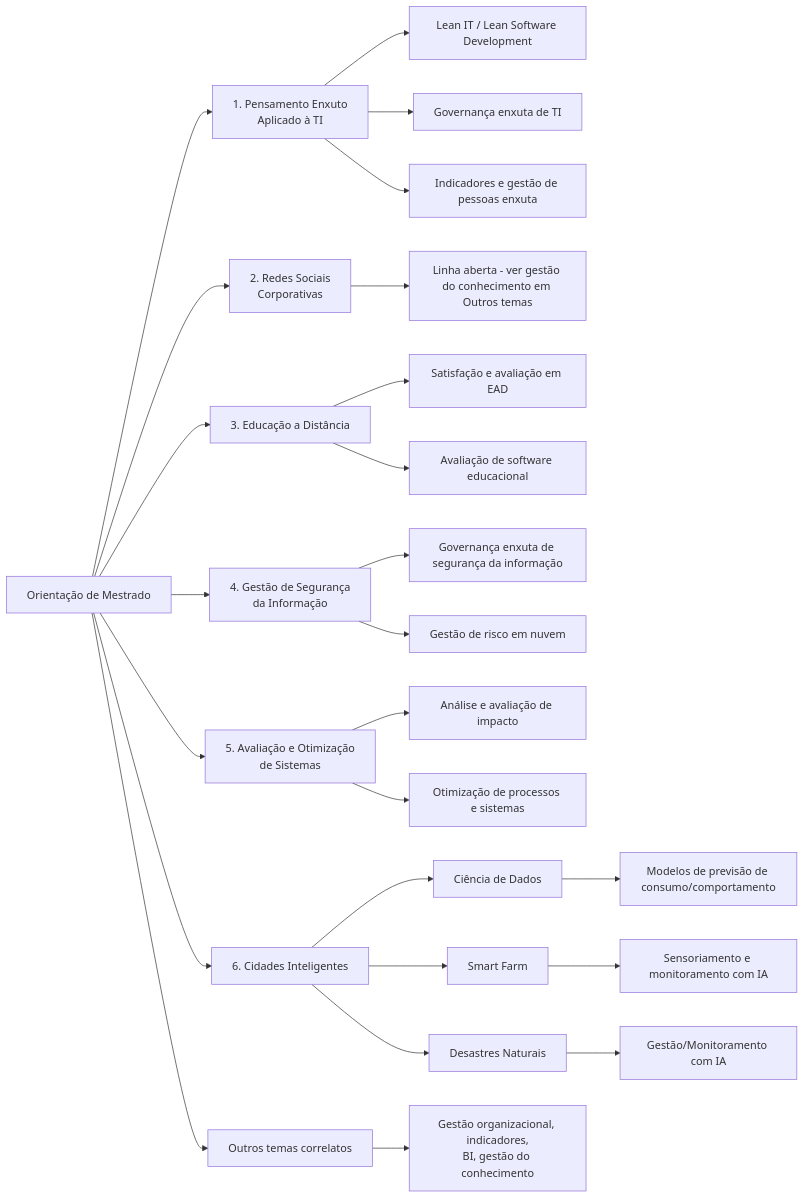
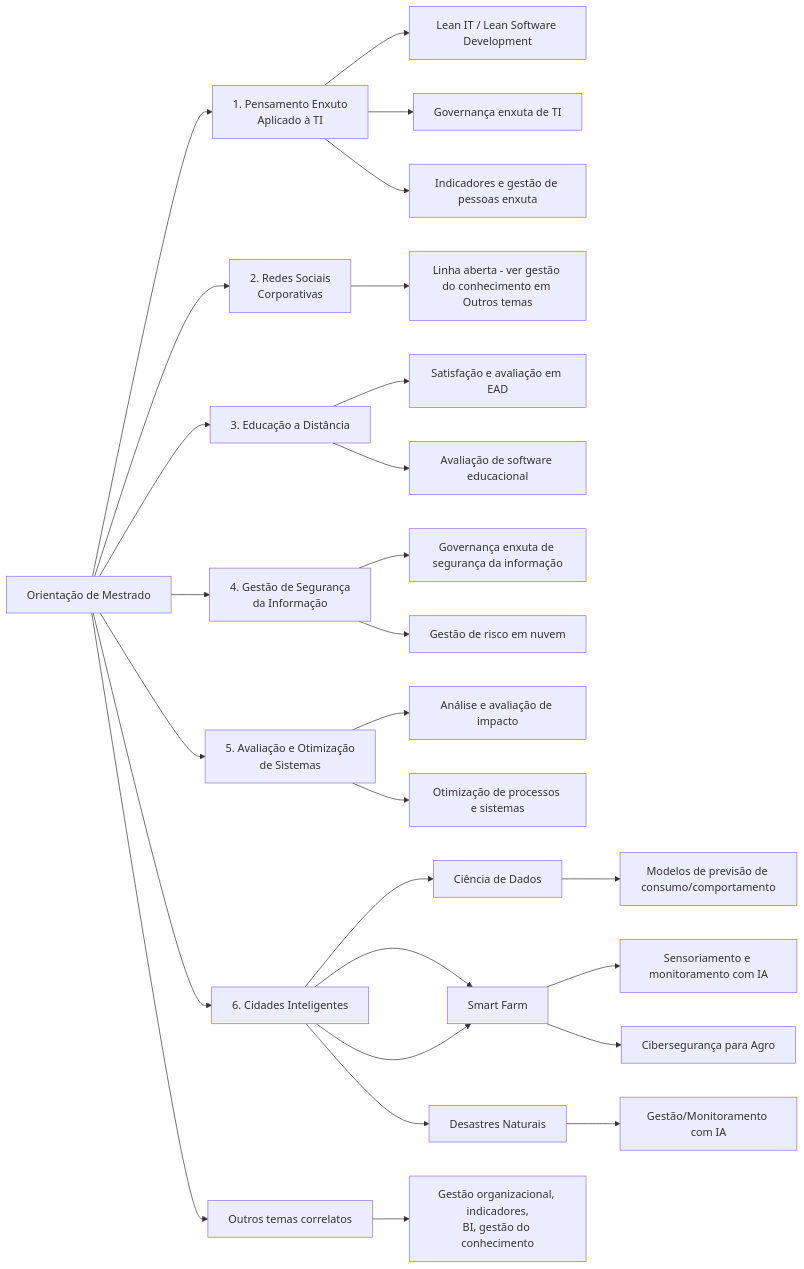
The diagram in linhas-de-pesquisa-mestrado.md (mehranmisaghi/orientacoes), drawn with Mermaid before and after one commit.

Commit message:
added new lines

````diff
--- a/linhas-de-pesquisa-mestrado.md
+++ b/linhas-de-pesquisa-mestrado.md
@@ -10,31 +10,33 @@
 ```mermaid
 flowchart LR
     A[Orientação de Mestrado] --> L1[1. Pensamento Enxuto<br/>Aplicado à TI]
     A --> L2[2. Redes Sociais<br/>Corporativas]
     A --> L3[3. Educação a Distância]
     A --> L4[4. Gestão de Segurança<br/>da Informação]
     A --> L5[5. Avaliação e Otimização<br/>de Sistemas]
     A --> L6[6. Cidades Inteligentes]
     A --> L7[Outros temas correlatos]
 
     L1 --> L1a[Lean IT / Lean Software Development]
     L1 --> L1b[Governança enxuta de TI]
     L1 --> L1c[Indicadores e gestão de pessoas enxuta]
 
     L2 --> L2a[Linha aberta - ver gestão do conhecimento em Outros temas]
 
     L3 --> L3a[Satisfação e avaliação em EAD]
     L3 --> L3b[Avaliação de software educacional]
 
     L4 --> L4a[Governança enxuta de segurança da informação]
     L4 --> L4b[Gestão de risco em nuvem]
 
     L5 --> L5a[Análise e avaliação de impacto]
     L5 --> L5b[Otimização de processos e sistemas]
 
     L6 --> L6a[Ciência de Dados] --> L6a1[Modelos de previsão de consumo/comportamento]
-    L6 --> L6b[Smart Farm] --> L6b1[Sensoriamento e monitoramento com IA ]
+    L6 --> L6b[Smart Farm] --> L6b1[Sensoriamento e monitoramento com IA] 
+    L6 --> L6b[Smart Farm] --> L6b2[Cibersegurança para Agro]
+
     L6 --> L6c[Desastres Naturais] --> L6c1[Gestão/Monitoramento com IA]
 
     L7 --> L7a[Gestão organizacional, indicadores,<br/>BI, gestão do conhecimento]
 ```
````
